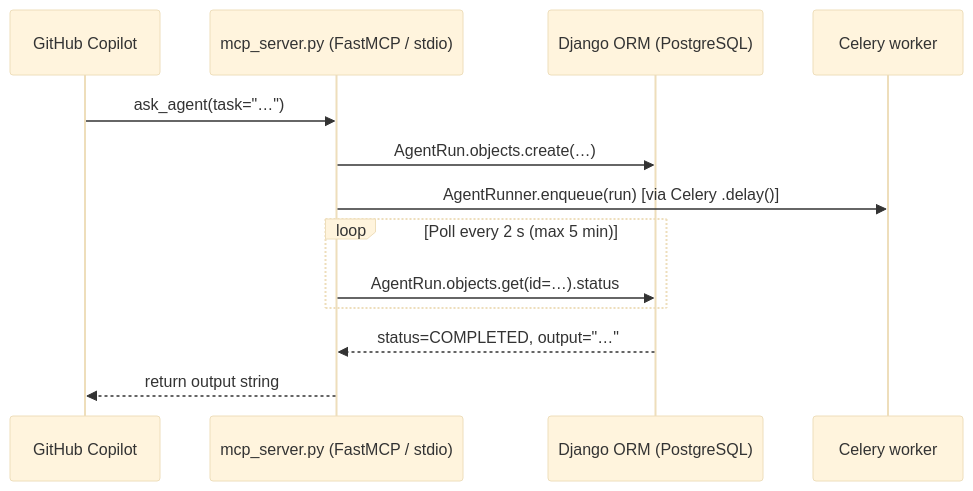
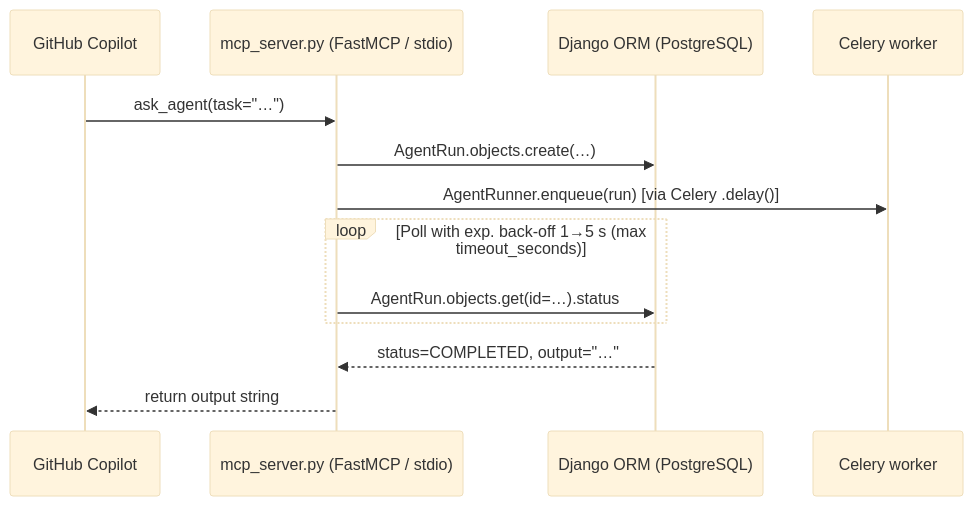
Before and after one commit to fylee/GavinAgent: the diagram in .spec/019-mcp-server-for-copilot.md, drawn with Mermaid (base theme). The commit also changed other lines of this file and 40 other files, not shown here.

````diff
--- a/.spec/019-mcp-server-for-copilot.md
+++ b/.spec/019-mcp-server-for-copilot.md
@@ -45,16 +45,16 @@
 ```mermaid
 sequenceDiagram
     participant CP as GitHub Copilot
     participant MS as mcp_server.py (FastMCP / stdio)
     participant DB as Django ORM (PostgreSQL)
     participant CW as Celery worker
 
     CP->>MS: ask_agent(task="…")
     MS->>DB: AgentRun.objects.create(…)
     MS->>CW: AgentRunner.enqueue(run)  [via Celery .delay()]
-    loop Poll every 2 s (max 5 min)
+    loop Poll with exp. back-off 1→5 s (max timeout_seconds)
         MS->>DB: AgentRun.objects.get(id=…).status
     end
     DB-->>MS: status=COMPLETED, output="…"
     MS-->>CP: return output string
 ```
````
